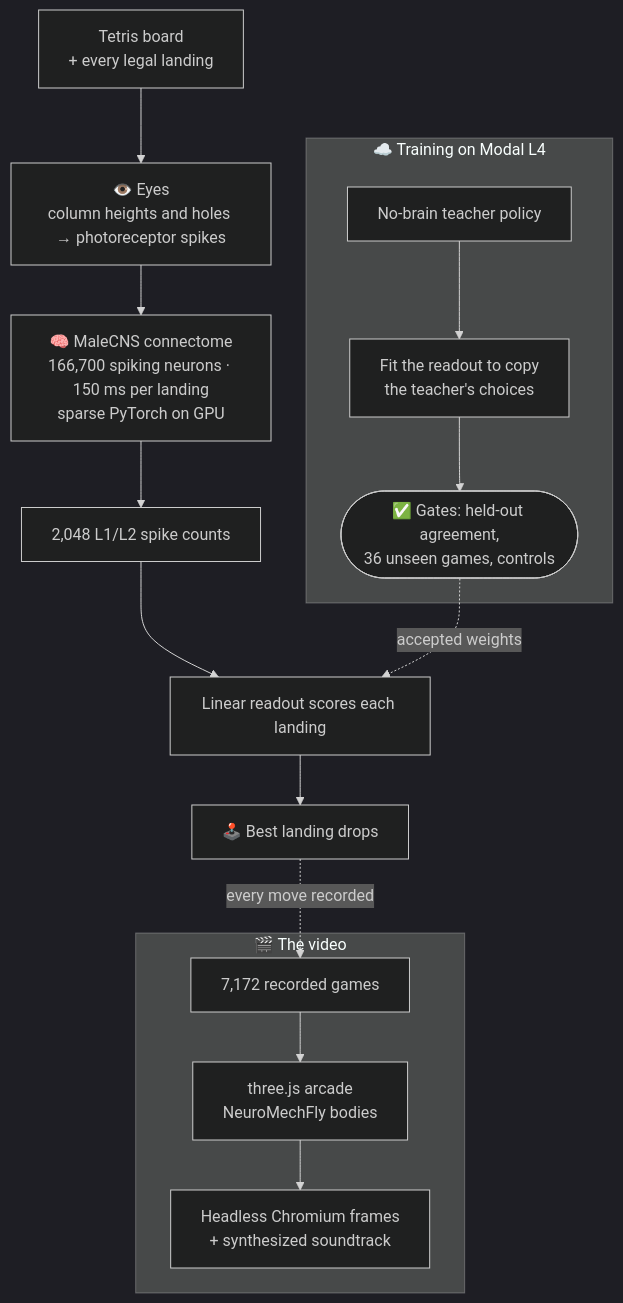
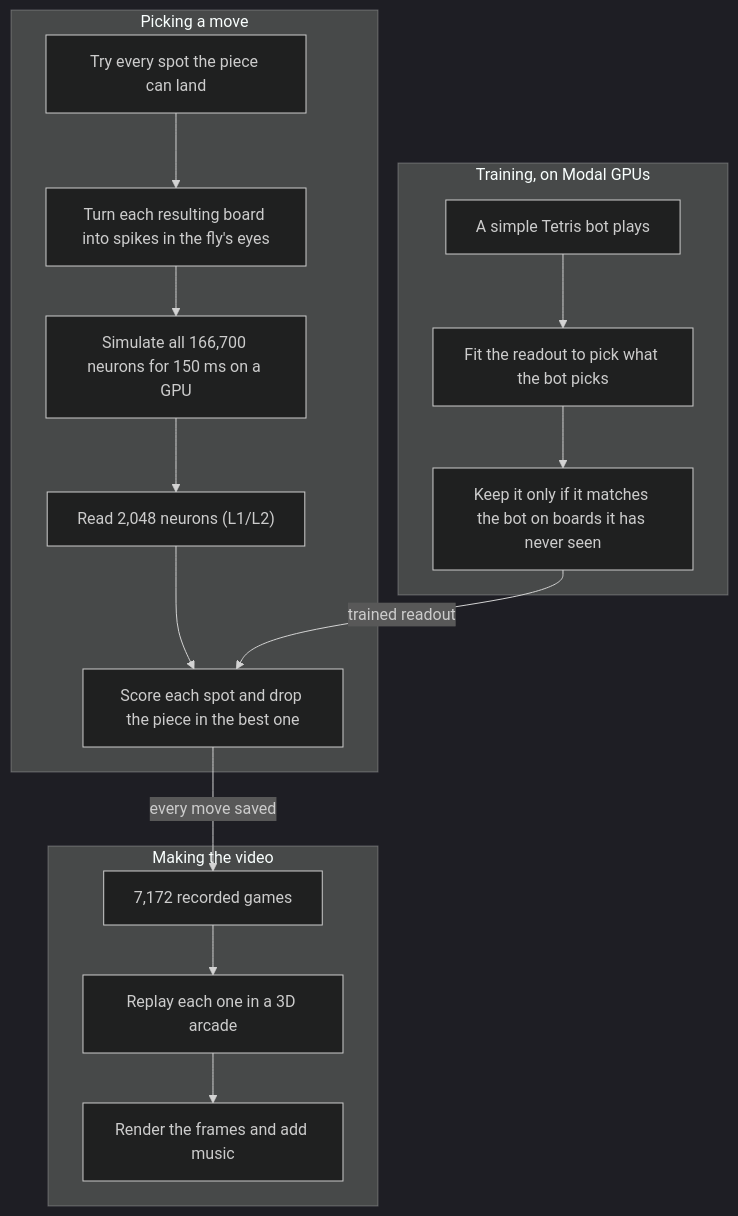
One commit to EnesYilmazcode/Flytris changed the diagram in README.md. Above: the diagram before and after it, drawn with Mermaid (dark theme). The commit also changed other lines of this file, not shown here.

Commit message:
README: one watch link to the live page, no badges or emojis, plainer diagram and results

````diff
--- a/README.md
+++ b/README.md
@@ -32,18 +27,19 @@
 ```mermaid
 flowchart TB
-  B["Tetris board<br/>+ every legal landing"] --> E["👁️ Eyes<br/>column heights and holes → photoreceptor spikes"]
-  E --> C["🧠 MaleCNS connectome<br/>166,700 spiking neurons · 150 ms per landing<br/>sparse PyTorch on GPU"]
-  C --> R["2,048 L1/L2 spike counts"]
-  R --> S["Linear readout scores each landing"]
-  S --> D["🕹️ Best landing drops"]
-  subgraph train["☁️ Training on Modal L4"]
-    T["No-brain teacher policy"] --> I["Fit the readout to copy<br/>the teacher's choices"]
-    I --> G(["✅ Gates: held-out agreement,<br/>36 unseen games, controls"])
+  subgraph play["Picking a move"]
+    B["Try every spot the piece can land"] --> E["Turn each resulting board into spikes in the fly's eyes"]
+    E --> C["Simulate all 166,700 neurons for 150 ms on a GPU"]
+    C --> R["Read 2,048 neurons (L1/L2)"]
+    R --> S["Score each spot and drop the piece in the best one"]
   end
-  G -. accepted weights .-> S
-  subgraph video["🎬 The video"]
-    V["7,172 recorded games"] --> A["three.js arcade<br/>NeuroMechFly bodies"]
-    A --> F["Headless Chromium frames<br/>+ synthesized soundtrack"]
+  subgraph train["Training, on Modal GPUs"]
+    T["A simple Tetris bot plays"] --> I["Fit the readout to pick what the bot picks"]
+    I --> G["Keep it only if it matches the bot on boards it has never seen"]
   end
-  D -. every move recorded .-> V
+  subgraph video["Making the video"]
+    V["7,172 recorded games"] --> A["Replay each one in a 3D arcade"]
+    A --> F["Render the frames and add music"]
+  end
+  G -- trained readout --> S
+  S -- every move saved --> V
 ```
````
